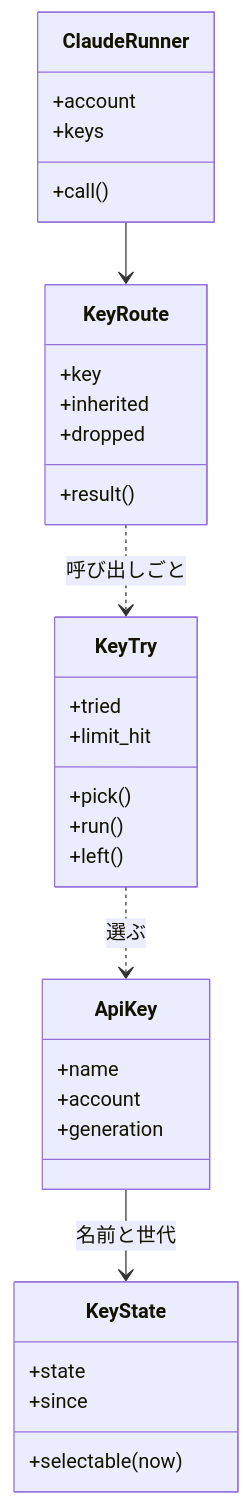
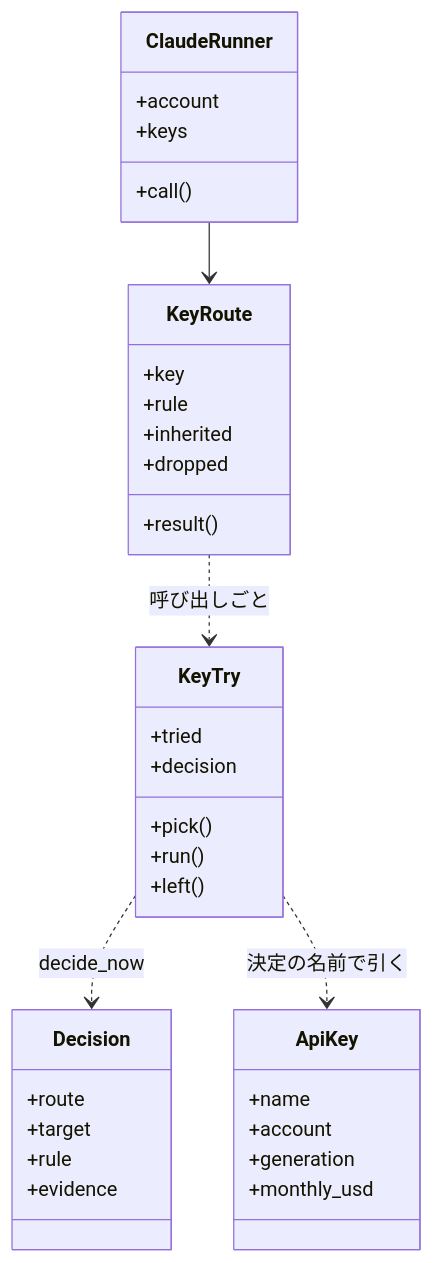
Before and after one commit to devbasex/ai-plugins: the first of 2 diagrams in docs/specifications/ndf-relay-api-keys.md, drawn with Mermaid. The commit also changed other lines of this file and 3 other files, not shown here.

````diff
--- a/docs/specifications/ndf-relay-api-keys.md
+++ b/docs/specifications/ndf-relay-api-keys.md
@@ -76,35 +82,38 @@
 ```mermaid
 classDiagram
     class ClaudeRunner {
         +account
         +keys
         +call()
     }
     class KeyRoute {
         +key
+        +rule
         +inherited
         +dropped
         +result()
     }
     class KeyTry {
         +tried
-        +limit_hit
+        +decision
         +pick()
         +run()
         +left()
+    }
+    class Decision {
+        +route
+        +target
+        +rule
+        +evidence
     }
     class ApiKey {
         +name
         +account
         +generation
-    }
-    class KeyState {
-        +state
-        +since
-        +selectable(now)
+        +monthly_usd
     }
     ClaudeRunner --> KeyRoute
     KeyRoute ..> KeyTry : 呼び出しごと
-    KeyTry ..> ApiKey : 選ぶ
-    ApiKey --> KeyState : 名前と世代
+    KeyTry ..> Decision : decide_now
+    KeyTry ..> ApiKey : 決定の名前で引く
 ```
````
